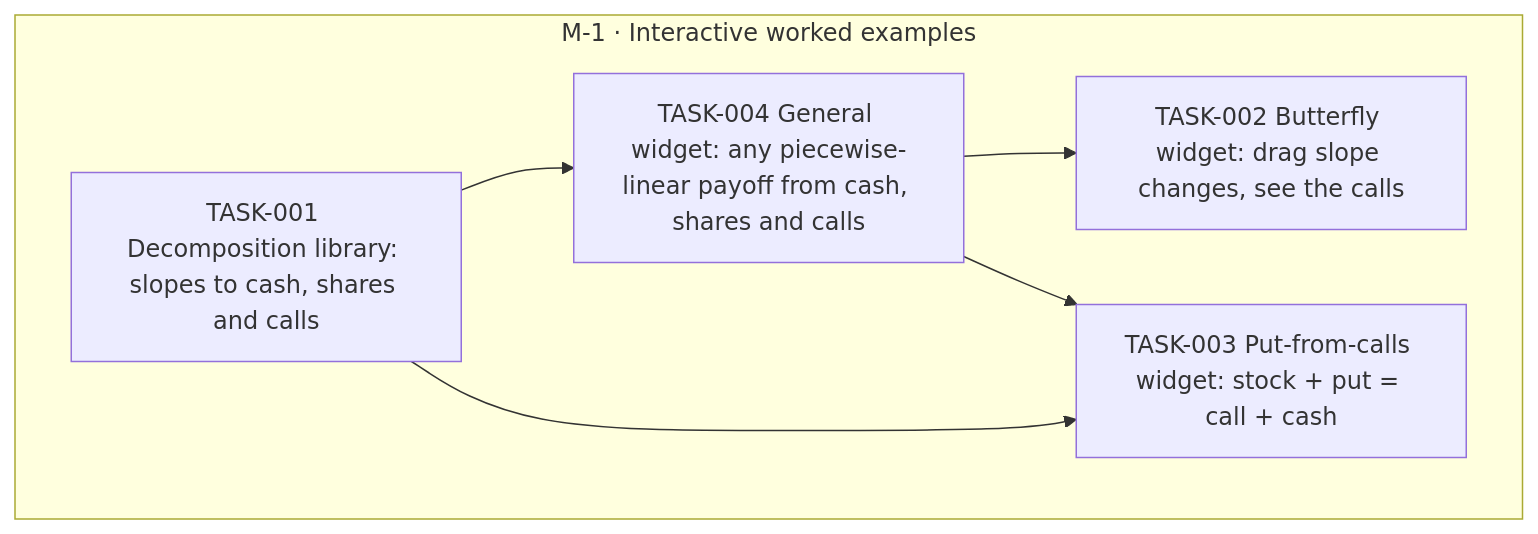
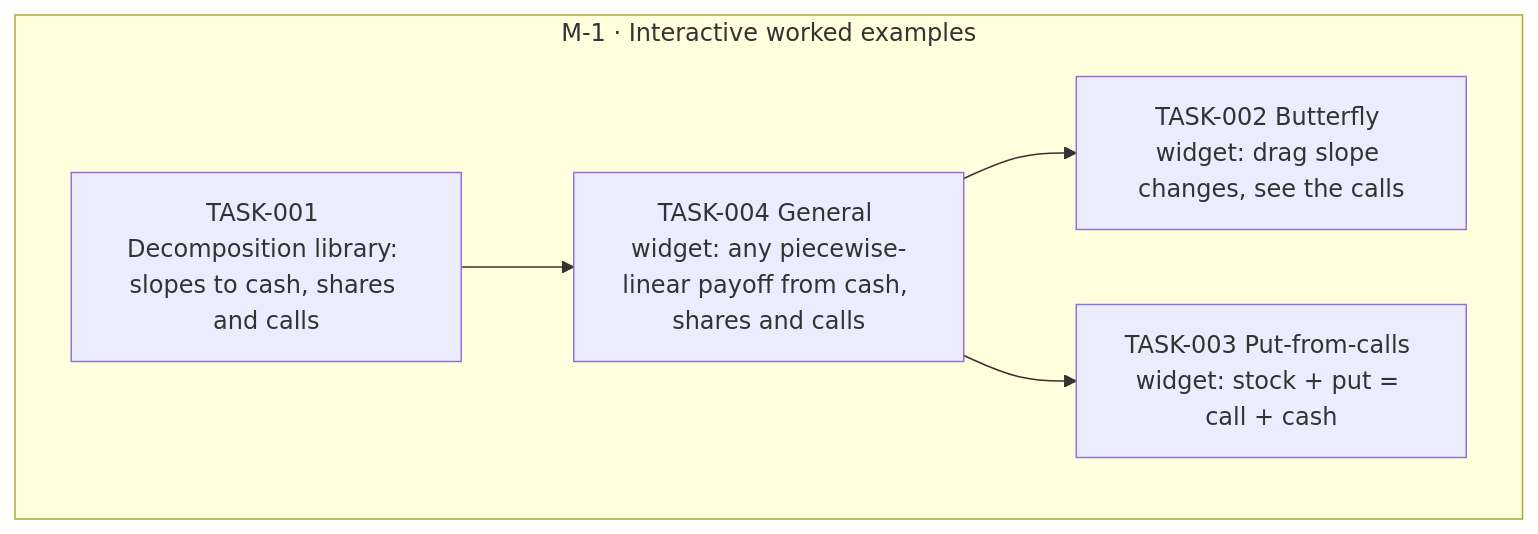
One commit to all-explained/options-explained changed the diagram in goals/improve-viz/README.md. Above: the diagram before and after it, drawn with Mermaid. The commit also changed 1 other file, not shown here.

Commit message:
goal(improve-viz): unlink TASK-003 after TASK-001

````diff
--- a/goals/improve-viz/README.md
+++ b/goals/improve-viz/README.md
@@ -25,16 +25,15 @@
 ```mermaid
 flowchart TD
   subgraph M_1["M-1 · Interactive worked examples"]
     TASK_001["TASK-001 Decomposition library: slopes to cash, shares and calls"]
     TASK_002["TASK-002 Butterfly widget: drag slope changes, see the calls"]
     TASK_003["TASK-003 Put-from-calls widget: stock + put = call + cash"]
     TASK_004["TASK-004 General widget: any piecewise-linear payoff from cash, shares and calls"]
   end
   TASK_004 --> TASK_002
-  TASK_001 --> TASK_003
   TASK_004 --> TASK_003
   TASK_001 --> TASK_004
   classDef draft stroke-dasharray: 4 3
   classDef cancelled opacity:0.45
   classDef decision fill:#f3e8ff,stroke:#7c3aed
 ```
````
